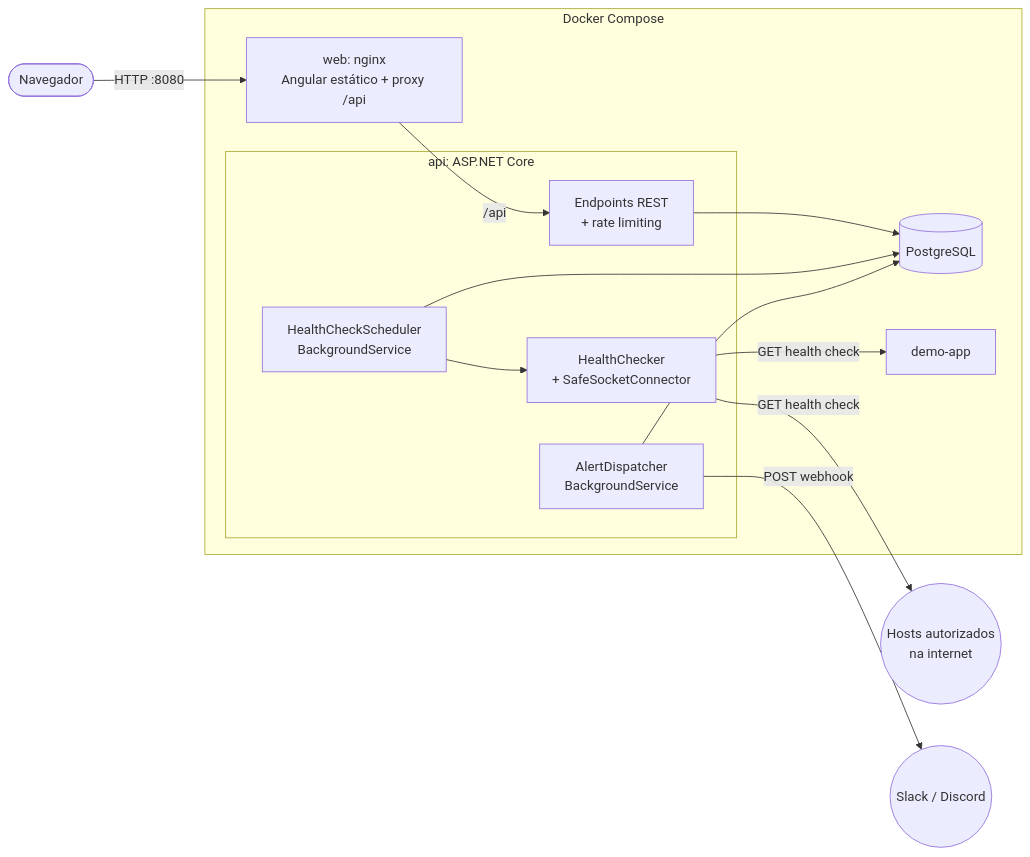
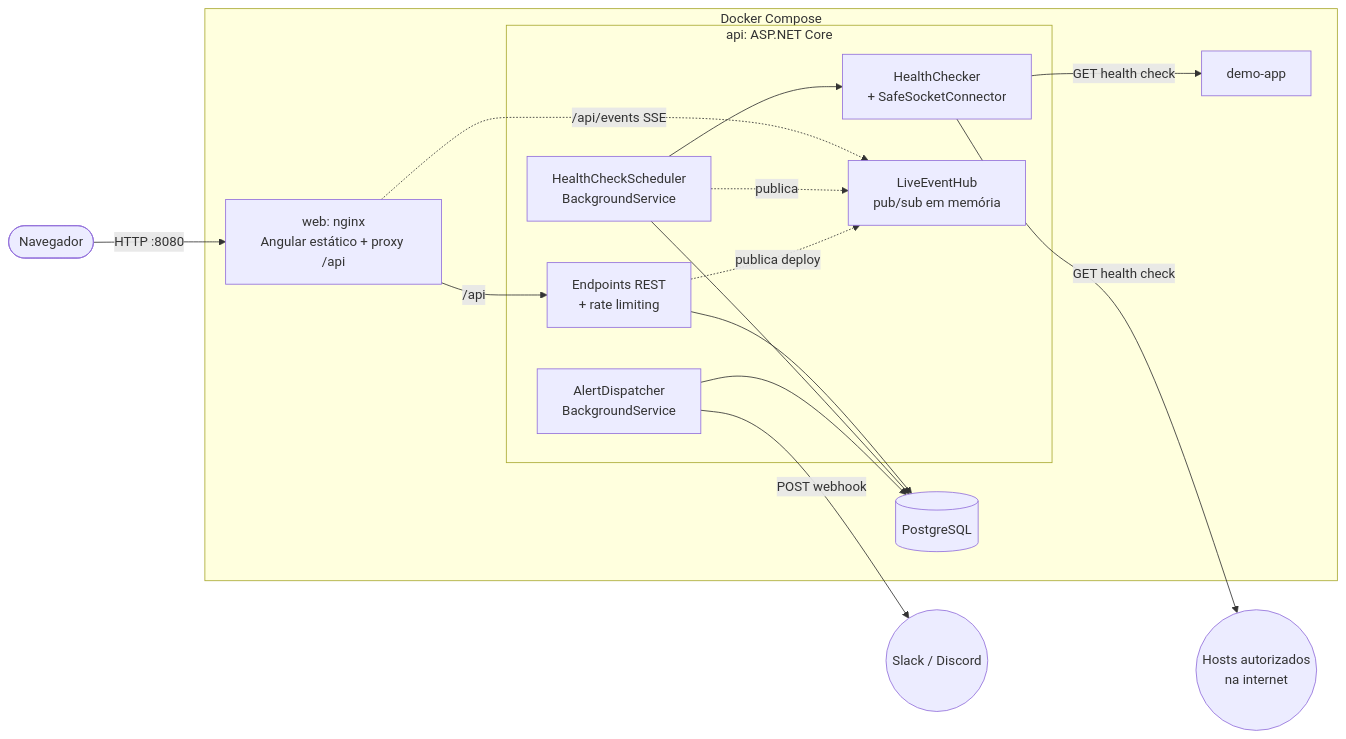
The first of 5 diagrams in README.md (Thomaiiz/deployguard), drawn with Mermaid before and after one commit. The commit also changed other lines of this file and 21 other files, not shown here.

````diff
--- a/README.md
+++ b/README.md
@@ -110,25 +113,29 @@
 ```mermaid
 flowchart LR
     user([Navegador]) -->|HTTP :8080| nginx
 
     subgraph compose[Docker Compose]
         nginx[web: nginx<br/>Angular estático + proxy /api]
         subgraph api[api: ASP.NET Core]
             endpoints[Endpoints REST<br/>+ rate limiting]
             scheduler[HealthCheckScheduler<br/>BackgroundService]
             checker[HealthChecker<br/>+ SafeSocketConnector]
             dispatcher[AlertDispatcher<br/>BackgroundService]
+            hub[LiveEventHub<br/>pub/sub em memória]
         end
         db[(PostgreSQL)]
         demo[demo-app]
     end
 
     nginx -->|/api| endpoints
+    nginx -.->|/api/events SSE| hub
+    scheduler -.->|publica| hub
+    endpoints -.->|publica deploy| hub
     endpoints --> db
     scheduler --> db
     scheduler --> checker
     checker -->|GET health check| demo
     checker -->|GET health check| internet((Hosts autorizados<br/>na internet))
     dispatcher --> db
     dispatcher -->|POST webhook| chat((Slack / Discord))
 ```
````
